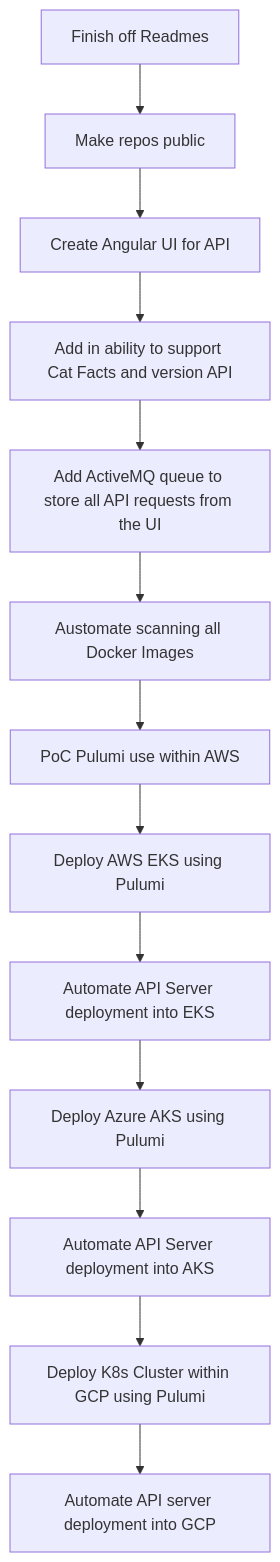
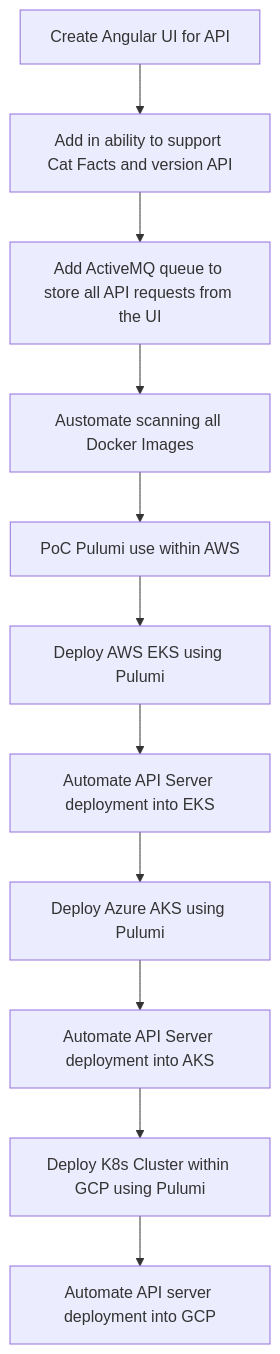
One commit to kmoorfield/Obsidian_Notes changed the diagram in Notes/Roadmap.md. Above: the diagram before and after it, drawn with Mermaid. The commit also changed 2 other files, not shown here.

Commit message:
Update Roadmap

````diff
--- a/Notes/Roadmap.md
+++ b/Notes/Roadmap.md
@@ -5,32 +5,28 @@
 ```mermaid
 graph TD
 
-Readmes[Finish off Readmes]
-Github_Repos[Make repos public]
 Angular_App[Create Angular UI for API]
 API_Versioning[Add in ability to support Cat Facts and version API]
 ActiveMQ_Queue[Add ActiveMQ queue to store all API requests from the UI]
 Security_Scanning[Austomate scanning all Docker Images]
 Pulumi[PoC Pulumi use within AWS]
 Pulumi_EKS[Deploy AWS EKS using Pulumi]
 Docker_EKS[Automate API Server deployment into EKS]
 Pulumi_AKS[Deploy Azure AKS using Pulumi]
 Docker_AKS[Automate API Server deployment into AKS]
 Pulumi_GCP[Deploy K8s Cluster within GCP using Pulumi]
 Docker_GCP[Automate API server deployment into GCP]
 
-Readmes --> Github_Repos
-Github_Repos --> Angular_App
 Angular_App --> API_Versioning
 API_Versioning --> ActiveMQ_Queue
 ActiveMQ_Queue --> Security_Scanning
 Security_Scanning --> Pulumi
 Pulumi --> Pulumi_EKS
 Pulumi_EKS --> Docker_EKS
 Docker_EKS --> Pulumi_AKS
 Pulumi_AKS --> Docker_AKS
 Docker_AKS --> Pulumi_GCP
 Pulumi_GCP --> Docker_GCP
 
-class Readmes,Github_Repos,Angular_App,API_Versioning,ActiveMQ_Queue,Security_Scanning,Pulumi,Pulumi_EKS,Docker_EKS,Pulumi_AKS,Docker_AKS,Pulumi_GCP,Docker_GCP internal-link;
+class Angular_App,API_Versioning,ActiveMQ_Queue,Security_Scanning,Pulumi,Pulumi_EKS,Docker_EKS,Pulumi_AKS,Docker_AKS,Pulumi_GCP,Docker_GCP internal-link;
 ```
````
